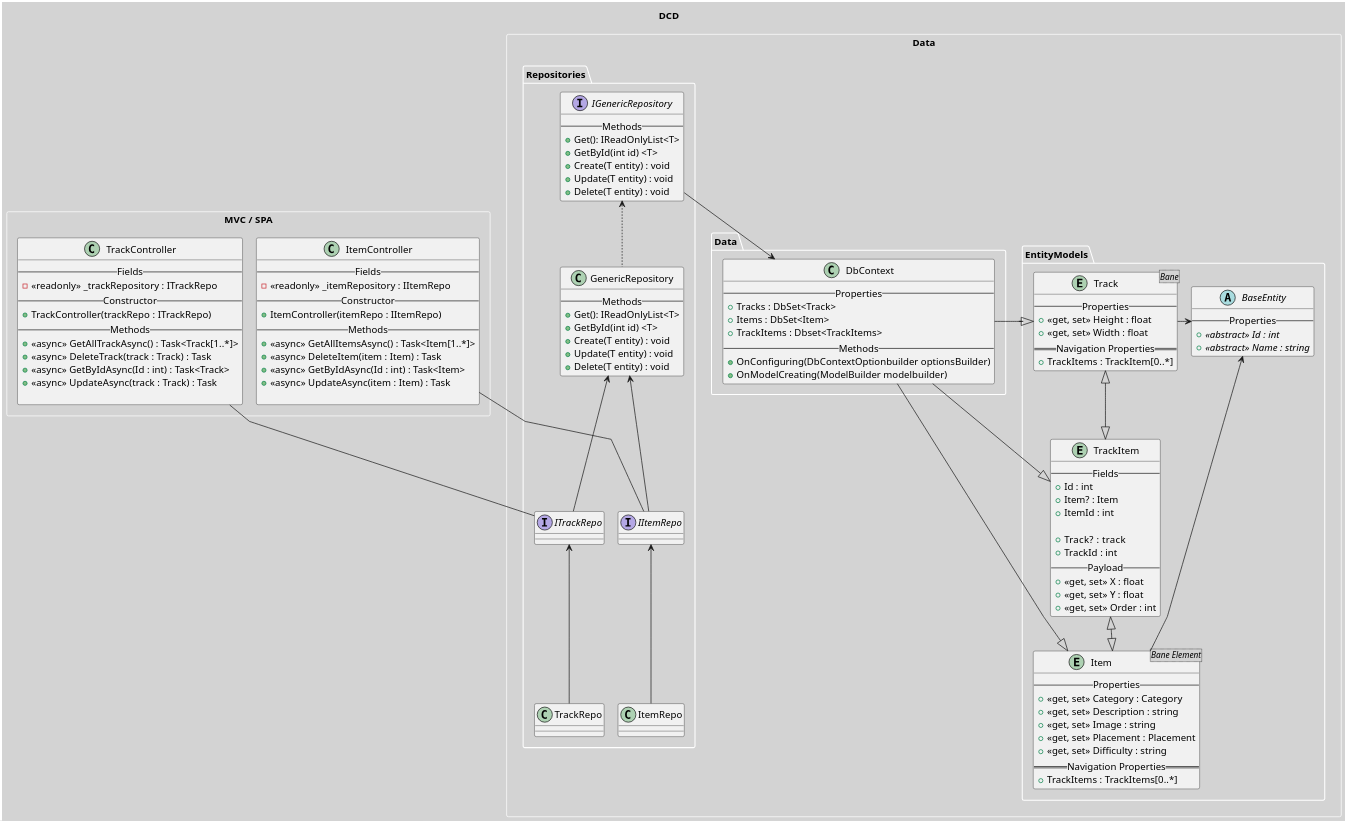
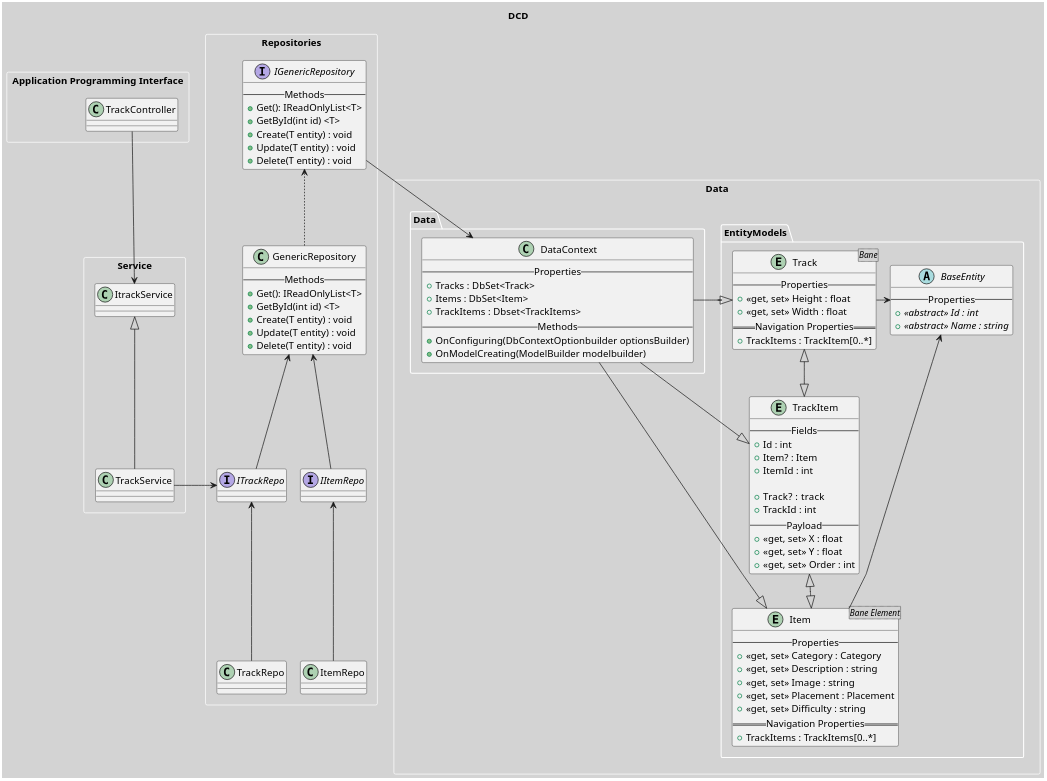
The diagram in Dokumentation/Scenarier/Baner/Development View/DCD/DCDv2.wsd (Team-1-ucl/DogApp), drawn with PlantUML before and after one commit.

Commit message:
Changes to dcd

```diff
--- a/Dokumentation/Scenarier/Baner/Development View/DCD/DCDv2.wsd
+++ b/Dokumentation/Scenarier/Baner/Development View/DCD/DCDv2.wsd
@@ -1,140 +1,124 @@
 @startuml DCDv2
 title DCD
 skinparam nodesep 20
 skinparam ranksep 50
 skinparam linetype polyline
 skinparam dpi 300
 skinparam ComponentBorderThickness 0
 skinparam BackgroundColor lightgrey
 skinparam ComponentBackgroundColor white
 skinparam ComponentBorderColor white
 skinparam PackageBorderColor white
-rectangle "MVC / SPA" as front{
-    class ItemController{
-        -- Fields --
-        - <<readonly>> _itemRepository : IItemRepo
-        --Constructor--
-        + ItemController(itemRepo : IItemRepo)
-        -- Methods --
-        + <<async>> GetAllItemsAsync() : Task<Item[1..*]>
-        + <<async>> DeleteItem(item : Item) : Task
-        + <<async>> GetByIdAsync(Id : int) : Task<Item>
-        + <<async>> UpdateAsync(item : Item) : Task
+rectangle "Application Programming Interface" as API {
+    class TrackController{
+
+    }
+}
+rectangle "Service" as Service{
+    class ItrackService{
         
     }
-    class TrackController{
-        -- Fields --
-        - <<readonly>> _trackRepository : ITrackRepo
-        --Constructor--
-        + TrackController(trackRepo : ITrackRepo)
-        -- Methods --
-        + <<async>> GetAllTrackAsync() : Task<Track[1..*]>
-        + <<async>> DeleteTrack(track : Track) : Task
-        + <<async>> GetByIdAsync(Id : int) : Task<Track>
-        + <<async>> UpdateAsync(track : Track) : Task
+    class TrackService{
+        
         
     }   
 }
 
+rectangle "Repositories" as Repositories{
+    class "GenericRepository"{
+            --Methods--
+            + Get(): IReadOnlyList<T>
+            + GetById(int id) <T>
+            + Create(T entity) : void
+            + Update(T entity) : void
+            + Delete(T entity) : void
+        }
 
+        interface "IGenericRepository"{
+            --Methods--
+            + Get(): IReadOnlyList<T>
+            + GetById(int id) <T>
+            + Create(T entity) : void
+            + Update(T entity) : void
+            + Delete(T entity) : void
+        }
+        interface IItemRepo
+        interface ITrackRepo
+        class "ItemRepo"{
+
+        }
+        class "TrackRepo"{
+
+        }
+}
 
 rectangle "Data" as models{
     package EntityModels{
         abstract class BaseEntity{
             -- Properties --
             + {abstract}<<abstract>> Id : int
             + {abstract}<<abstract>> Name : string
         }
         entity Track<Bane>{
             -- Properties --
             + <<get, set>> Height : float
             + <<get, set>> Width : float
             ==Navigation Properties==
             + TrackItems : TrackItem[0..*]
         }
         entity TrackItem{
             -- Fields --
             + Id : int
             + Item? : Item
             + ItemId : int
 
             + Track? :  track
             + TrackId : int
             -- Payload --
             + <<get, set>> X : float
             + <<get, set>> Y : float
             + <<get, set>> Order : int
         }
         entity Item<Bane Element>{
             -- Properties --
             + <<get, set>> Category : Category
             + <<get, set>> Description : string
             + <<get, set>> Image : string
             + <<get, set>> Placement : Placement
             + <<get, set>> Difficulty : string
             ==Navigation Properties==
             + TrackItems : TrackItems[0..*]
         }
     }
     package Data{
-        class "DbContext"{
+        class DataContext{
             --Properties--
             + Tracks : DbSet<Track>
             + Items : DbSet<Item>
             + TrackItems : Dbset<TrackItems>
             --Methods--
             + OnConfiguring(DbContextOptionbuilder optionsBuilder)
             + OnModelCreating(ModelBuilder modelbuilder)
         }
     }
-    package Repositories{
-        class "GenericRepository"{
-            --Methods--
-            + Get(): IReadOnlyList<T>
-            + GetById(int id) <T>
-            + Create(T entity) : void
-            + Update(T entity) : void
-            + Delete(T entity) : void
-        }
 
-        interface "IGenericRepository"{
-            --Methods--
-            + Get(): IReadOnlyList<T>
-            + GetById(int id) <T>
-            + Create(T entity) : void
-            + Update(T entity) : void
-            + Delete(T entity) : void
-        }
-        interface IItemRepo
-        interface ITrackRepo
-        class "ItemRepo"{
-
-        }
-        class "TrackRepo"{
-
-        }
-        
-    }
-    
 }
 
-
+TrackController --> ItrackService
 IGenericRepository  <.. GenericRepository
-IGenericRepository --> DbContext
+IGenericRepository --> DataContext
 GenericRepository <-- IItemRepo
 GenericRepository <-- ITrackRepo
 ITrackRepo <-- TrackRepo
 IItemRepo <-- ItemRepo
-
-ItemController -- IItemRepo
-TrackController -- ITrackRepo
-
+TrackService -> ITrackRepo
+ItrackService <|-- TrackService
 BaseEntity  <- Track
 BaseEntity <- Item
 Track <|--|> TrackItem
 TrackItem <|--|> Item
-DbContext -|> Track
-DbContext -|> TrackItem
-DbContext -|> Item
+DataContext -|> Track
+DataContext -|> TrackItem
+DataContext -|> Item
 
 @enduml
```
